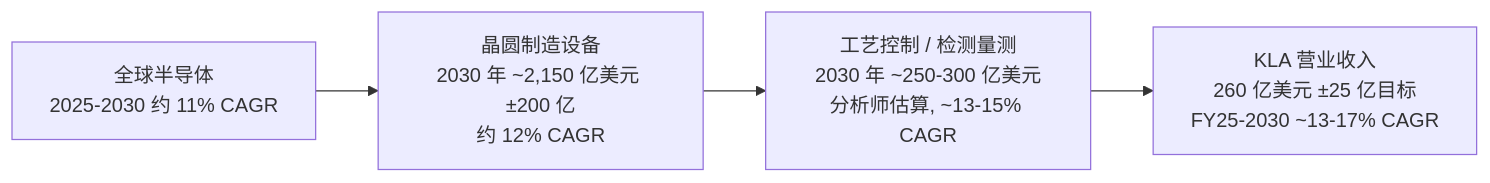
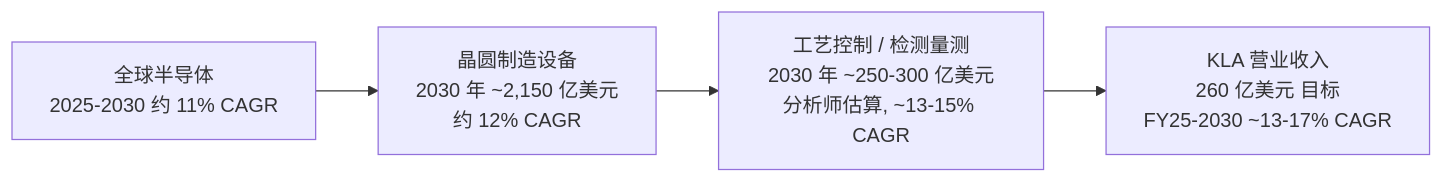
One commit to dadachundan/financial_agent changed the sixth of 6 diagrams in reports/company/KLA_NASDAQ_KLAC/KLA_NASDAQ_KLAC_公司研究.md. Above: the diagram before and after it, drawn with Mermaid. The commit also changed other lines of this file and 9 other files, not shown here.

Commit message:
feat(company-research): refresh KLA (KLAC) — decision layer + full chart suite (post 10:1 split)

````diff
--- a/reports/company/KLA_NASDAQ_KLAC/KLA_NASDAQ_KLAC_公司研究.md
+++ b/reports/company/KLA_NASDAQ_KLAC/KLA_NASDAQ_KLAC_公司研究.md
@@ -289,6 +884,6 @@
 ```mermaid
 graph LR
-    SEMI["全球半导体<br/>2025-2030 约 11% CAGR"] --> WFE["晶圆制造设备<br/>2030 年 ~2,150 亿美元 ±200 亿<br/>约 12% CAGR"]
+    SEMI["全球半导体<br/>2025-2030 约 11% CAGR"] --> WFE["晶圆制造设备<br/>2030 年 ~2,150 亿美元<br/>约 12% CAGR"]
     WFE --> PC["工艺控制 / 检测量测<br/>2030 年 ~250-300 亿美元<br/>分析师估算, ~13-15% CAGR"]
-    PC --> KLA["KLA 营业收入<br/>260 亿美元 ±25 亿目标<br/>FY25-2030 ~13-17% CAGR"]
+    PC --> KLA["KLA 营业收入<br/>260 亿美元 目标<br/>FY25-2030 ~13-17% CAGR"]
 ```
````
